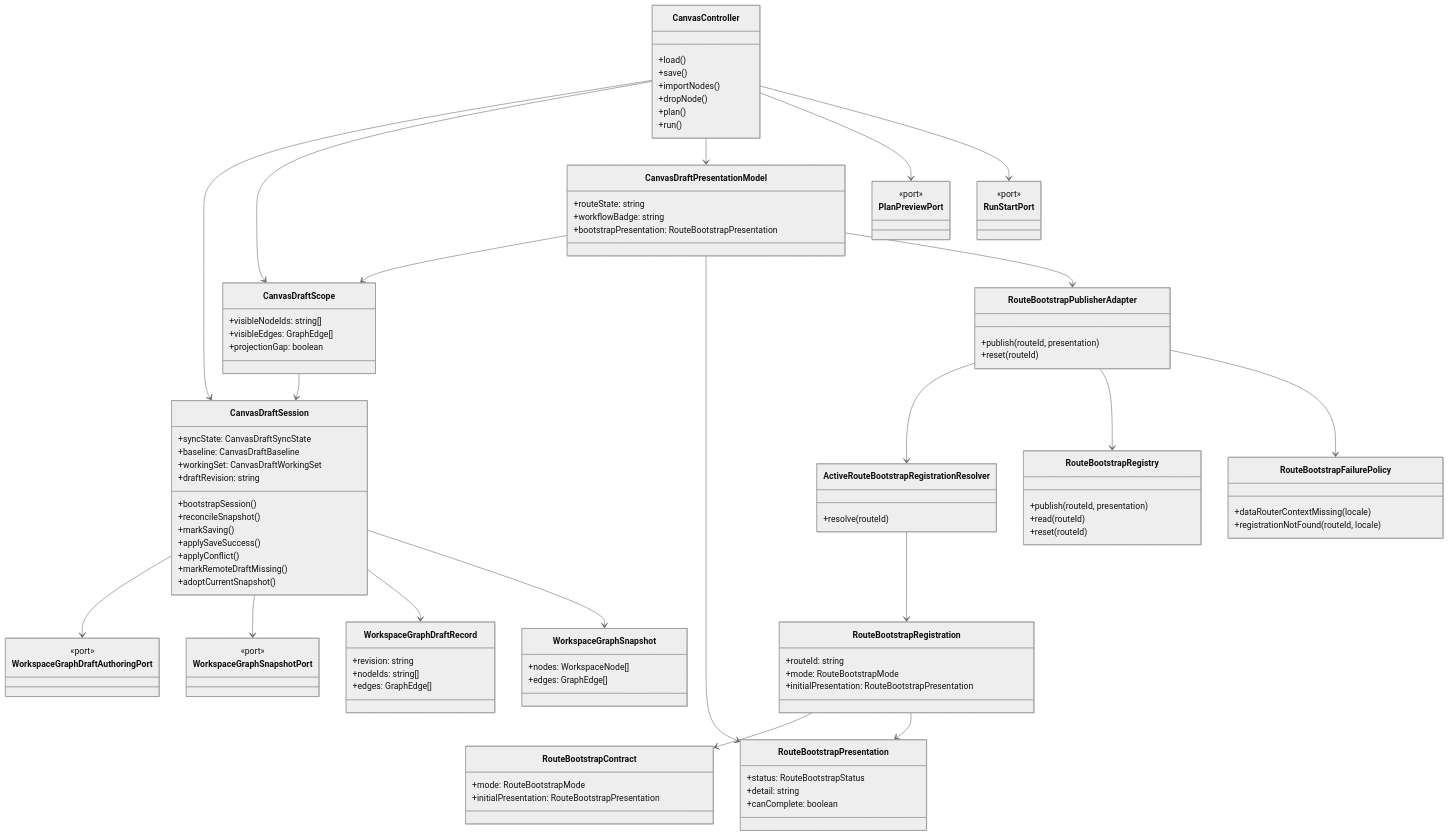
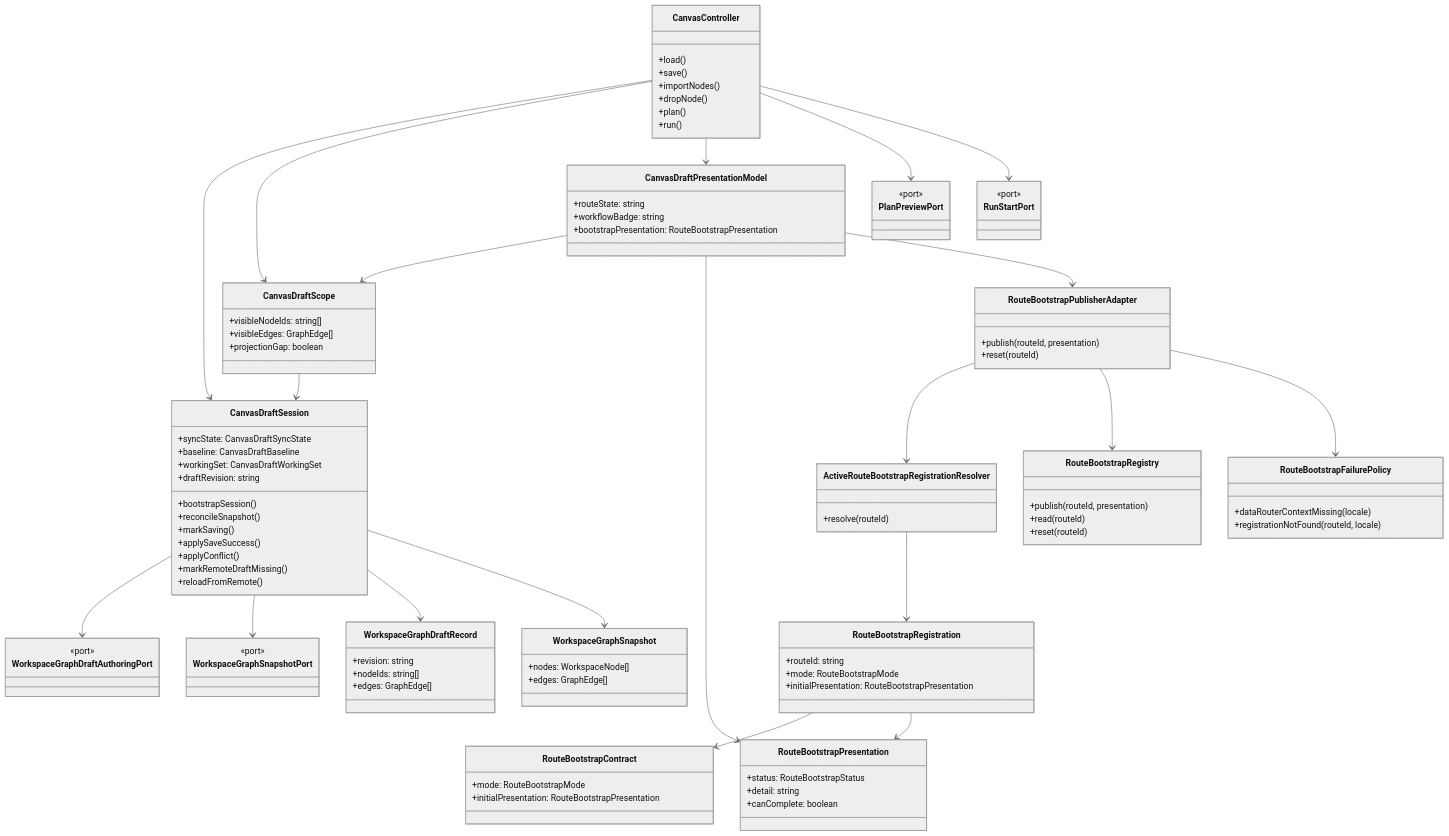
One commit to dunay2/dvt changed the fourth of 9 diagrams in docs/planning/proposals/mandatory/frontend-and-ux/tf-e2-canvas-target-architecture-execution-plan-20260417.md. Above: the diagram before and after it, drawn with Mermaid (neutral theme). The commit also changed other lines of this file and 119 other files, not shown here.

```diff
--- a/docs/planning/proposals/mandatory/frontend-and-ux/tf-e2-canvas-target-architecture-execution-plan-20260417.md
+++ b/docs/planning/proposals/mandatory/frontend-and-ux/tf-e2-canvas-target-architecture-execution-plan-20260417.md
@@ -508,7 +517,7 @@
     +applySaveSuccess()
     +applyConflict()
     +markRemoteDraftMissing()
-    +adoptCurrentSnapshot()
+    +reloadFromRemote()
   }
 
   class CanvasDraftScope {
```
